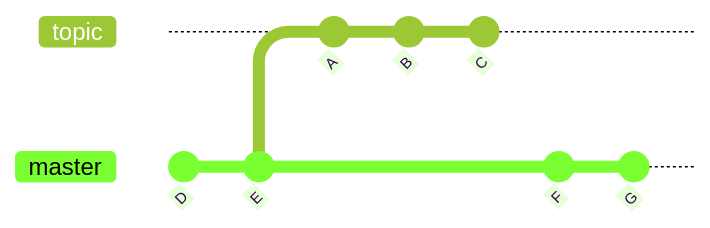
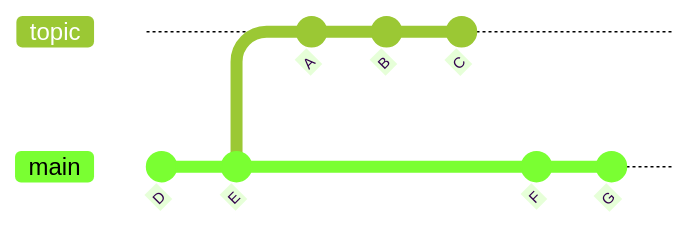
The first of 2 diagrams in docs/guides/git/index.md (moodle/devdocs), drawn with Mermaid (forest theme) before and after one commit. The commit also changed other lines of this file and 94 other files, not shown here.

First line of the commit message:
Rename as many as possible "master" occurrences to "main"

````diff
--- a/docs/guides/git/index.md
+++ b/docs/guides/git/index.md
@@ -361,14 +361,14 @@
 ```mermaid
-%%{init: { 'gitGraph': {'mainBranchName': 'master', 'mainBranchOrder': 2 }} }%%
+%%{init: { 'gitGraph': {'mainBranchName': 'main', 'mainBranchOrder': 2 }} }%%
 gitGraph
     commit id: "D"
     commit id: "E"
     branch topic order: 1
     commit id: "A"
     commit id: "B"
     commit id: "C"
-    checkout master
+    checkout main
     commit id: "F"
     commit id: "G"
 
 ```
````
